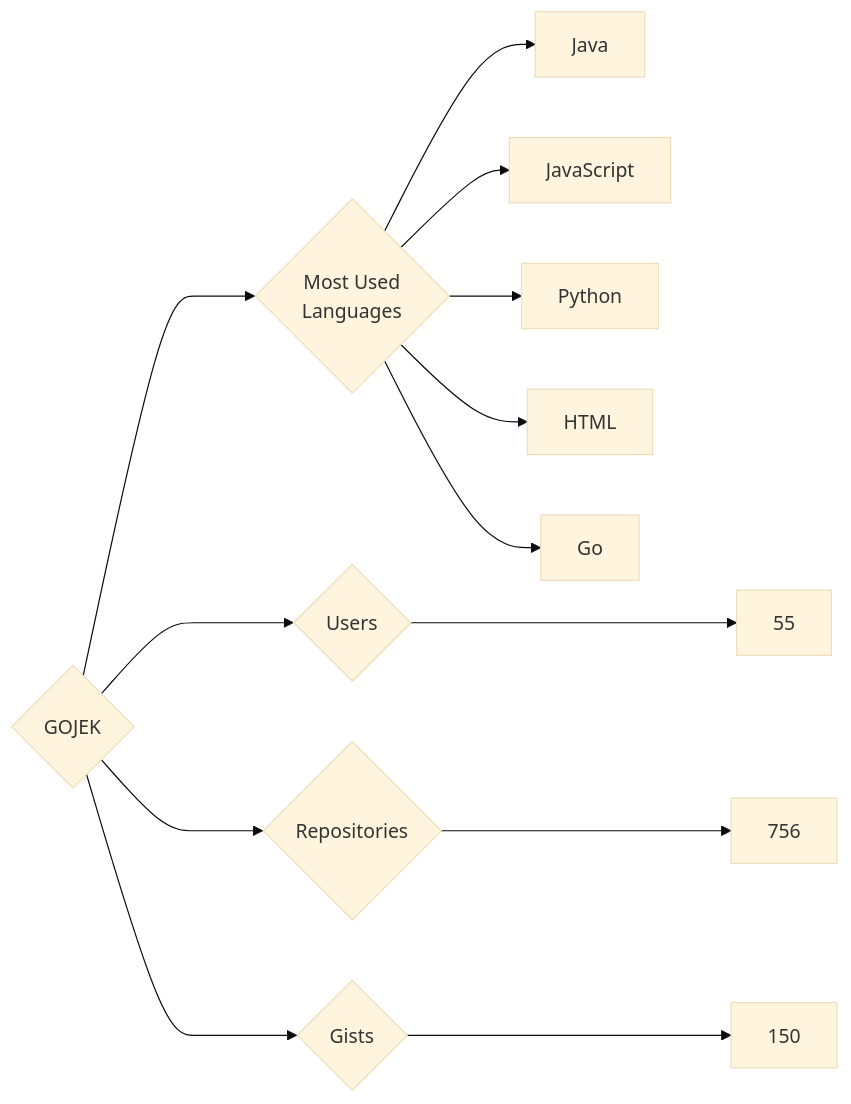
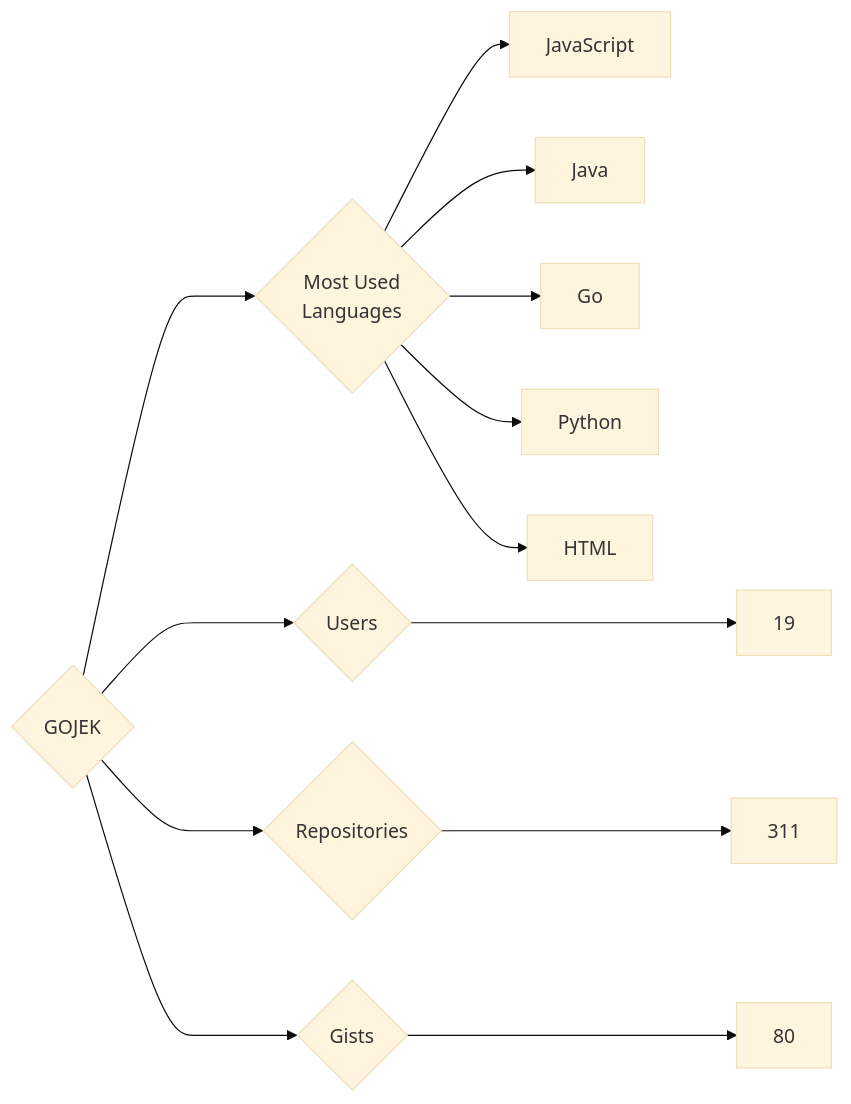
One commit to trickest/insiders changed the diagram in targets/GOJEK/README.md. Above: the diagram before and after it, drawn with Mermaid (base theme). The commit also changed 847 other files, not shown here.

````diff
--- a/targets/GOJEK/README.md
+++ b/targets/GOJEK/README.md
@@ -3,13 +3,13 @@
 ```mermaid
 graph LR
 COMPANY_NAME{GOJEK}
-COMPANY_NAME ---> U{Users} ---> UN[55]
-COMPANY_NAME ---> R{Repositories} ---> RN[756]
-COMPANY_NAME ---> G{Gists} ---> GN[150]
+COMPANY_NAME ---> U{Users} ---> UN[19]
+COMPANY_NAME ---> R{Repositories} ---> RN[311]
+COMPANY_NAME ---> G{Gists} ---> GN[80]
 COMPANY_NAME ---> ML{Most Used<br>Languages}
+ML --> JavaScript[JavaScript]
 ML --> Java[Java]
-ML --> JavaScript[JavaScript]
+ML --> Go[Go]
 ML --> Python[Python]
 ML --> HTML[HTML]
-ML --> Go[Go]
 ```
````
